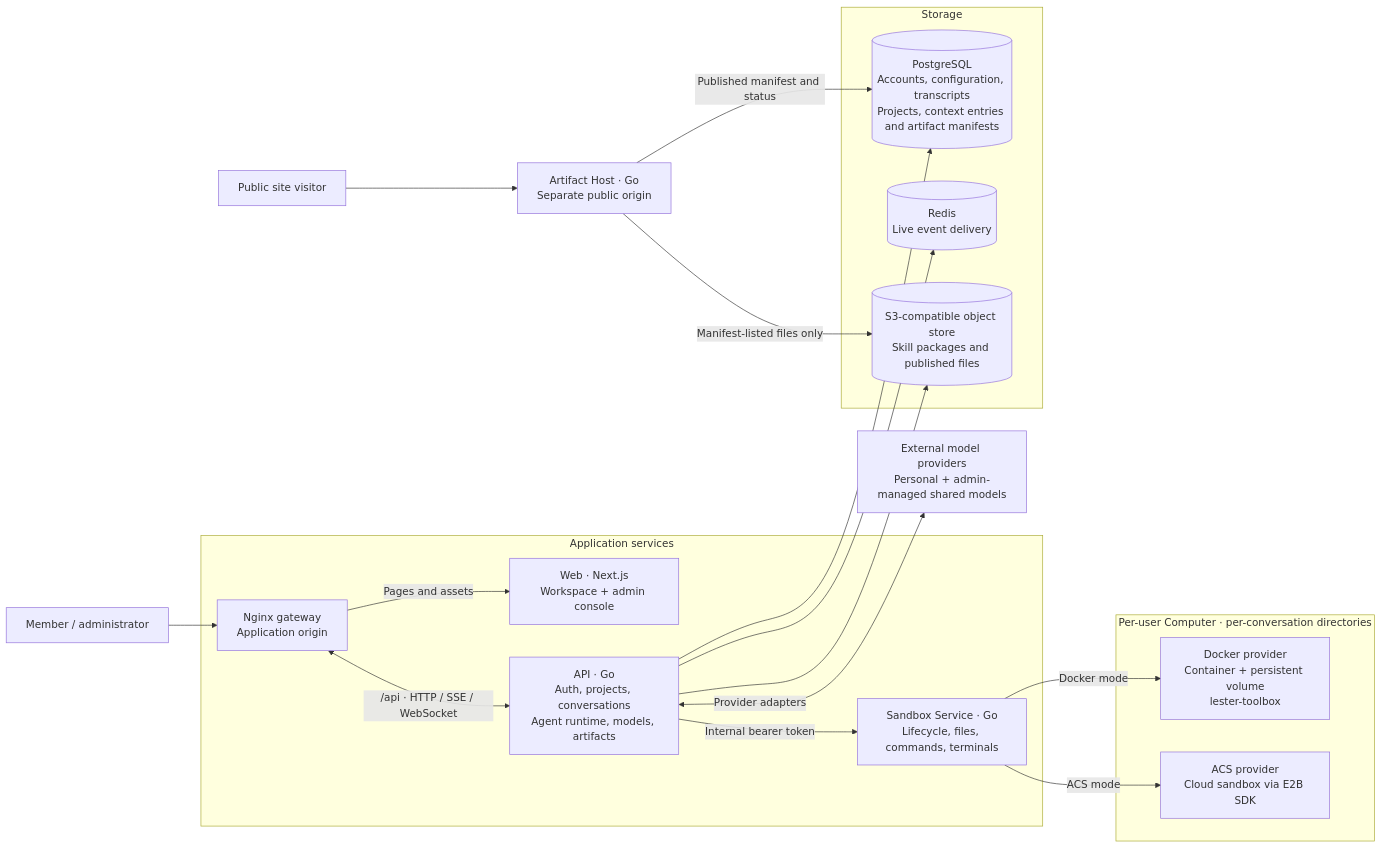
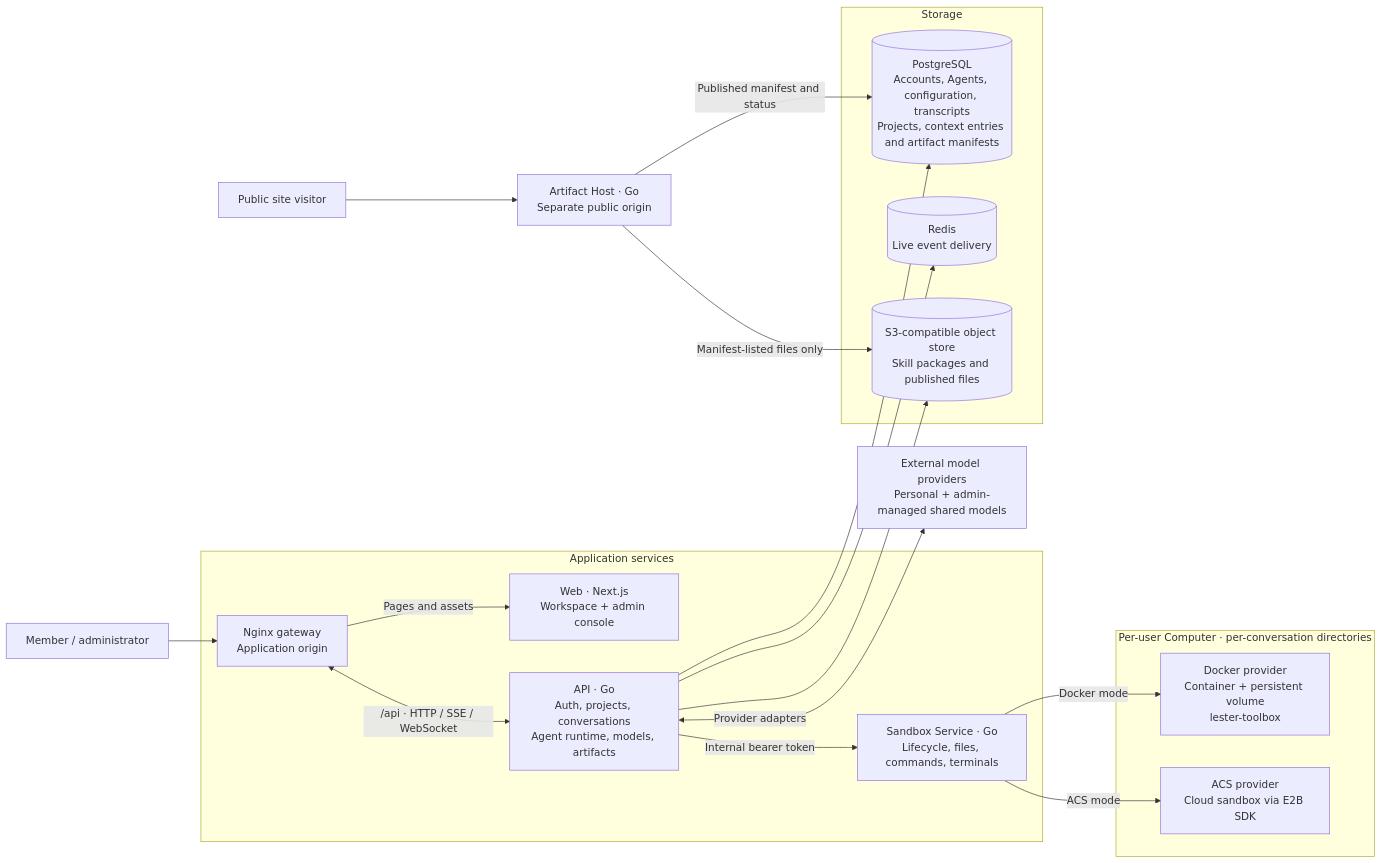
One commit to biubiuqiu/lester-agent changed the first of 2 diagrams in README.md. Above: the diagram before and after it, drawn with Mermaid. The commit also changed other lines of this file and 28 other files, not shown here.

````diff
--- a/README.md
+++ b/README.md
@@ -192,32 +200,32 @@
 ```mermaid
 flowchart LR
     User["Member / administrator"] --> Gateway["Nginx gateway<br/>Application origin"]
 
     subgraph App["Application services"]
         Gateway -->|"Pages and assets"| Web["Web · Next.js<br/>Workspace + admin console"]
         Gateway <-->|"/api · HTTP / SSE / WebSocket"| API["API · Go<br/>Auth, projects, conversations<br/>Agent runtime, models, artifacts"]
         API -->|"Internal bearer token"| Sandbox["Sandbox Service · Go<br/>Lifecycle, files, commands, terminals"]
     end
 
     subgraph Data["Storage"]
-        DB[("PostgreSQL<br/>Accounts, configuration, transcripts<br/>Projects, context entries and artifact manifests")]
+        DB[("PostgreSQL<br/>Accounts, Agents, configuration, transcripts<br/>Projects, context entries and artifact manifests")]
         Redis[("Redis<br/>Live event delivery")]
         Objects[("S3-compatible object store<br/>Skill packages and published files")]
     end
 
     API --> DB
     API --> Redis
     API --> Objects
     API <-->|"Provider adapters"| Models["External model providers<br/>Personal + admin-managed shared models"]
 
     subgraph Computers["Per-user Computer · per-conversation directories"]
         Docker["Docker provider<br/>Container + persistent volume<br/>lester-toolbox"]
         ACS["ACS provider<br/>Cloud sandbox via E2B SDK"]
     end
     Sandbox -->|"Docker mode"| Docker
     Sandbox -->|"ACS mode"| ACS
 
     Visitor["Public site visitor"] --> Host["Artifact Host · Go<br/>Separate public origin"]
     Host -->|"Published manifest and status"| DB
     Host -->|"Manifest-listed files only"| Objects
 ```
````
